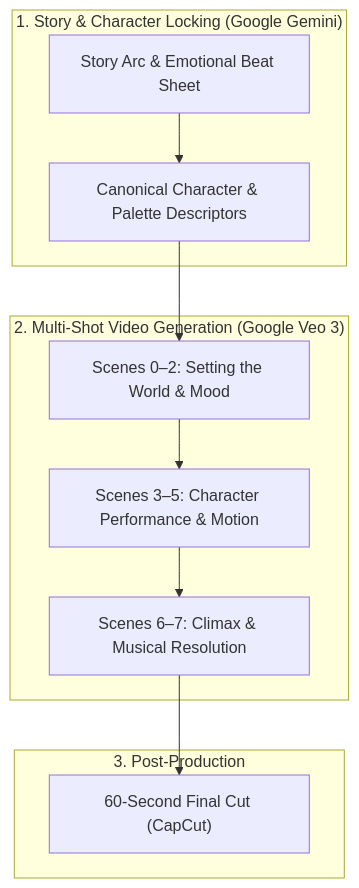
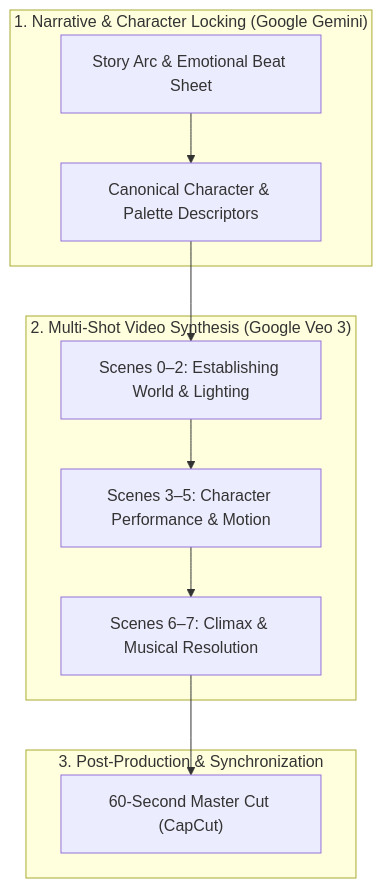
The diagram in README.md (RobinaMirbahar/A-Gemini-Veo-3-Whimsical-Short), drawn with Mermaid before and after one commit. The commit also changed other lines of this file, not shown here.

Commit message:
docs: polish README, remove duplicate summary/character/author sections, and fix social links

````diff
--- a/README.md
+++ b/README.md
@@ -28,16 +35,16 @@
 ```mermaid
 flowchart TD
-    subgraph Concept ["1. Story & Character Locking (Google Gemini)"]
+    subgraph Concept ["1. Narrative & Character Locking (Google Gemini)"]
         C_Script["Story Arc & Emotional Beat Sheet"]
         C_Char["Canonical Character & Palette Descriptors"]
     end
-    subgraph Veo ["2. Multi-Shot Video Generation (Google Veo 3)"]
-        V_S1["Scenes 0–2: Setting the World & Mood"]
+    subgraph Veo ["2. Multi-Shot Video Synthesis (Google Veo 3)"]
+        V_S1["Scenes 0–2: Establishing World & Lighting"]
         V_S2["Scenes 3–5: Character Performance & Motion"]
         V_S3["Scenes 6–7: Climax & Musical Resolution"]
     end
-    subgraph Final ["3. Post-Production"]
-        F_Cut["60-Second Final Cut (CapCut)"]
+    subgraph Final ["3. Post-Production & Synchronization"]
+        F_Cut["60-Second Master Cut (CapCut)"]
     end
     C_Script --> C_Char --> V_S1 --> V_S2 --> V_S3 --> F_Cut
 ```
````
